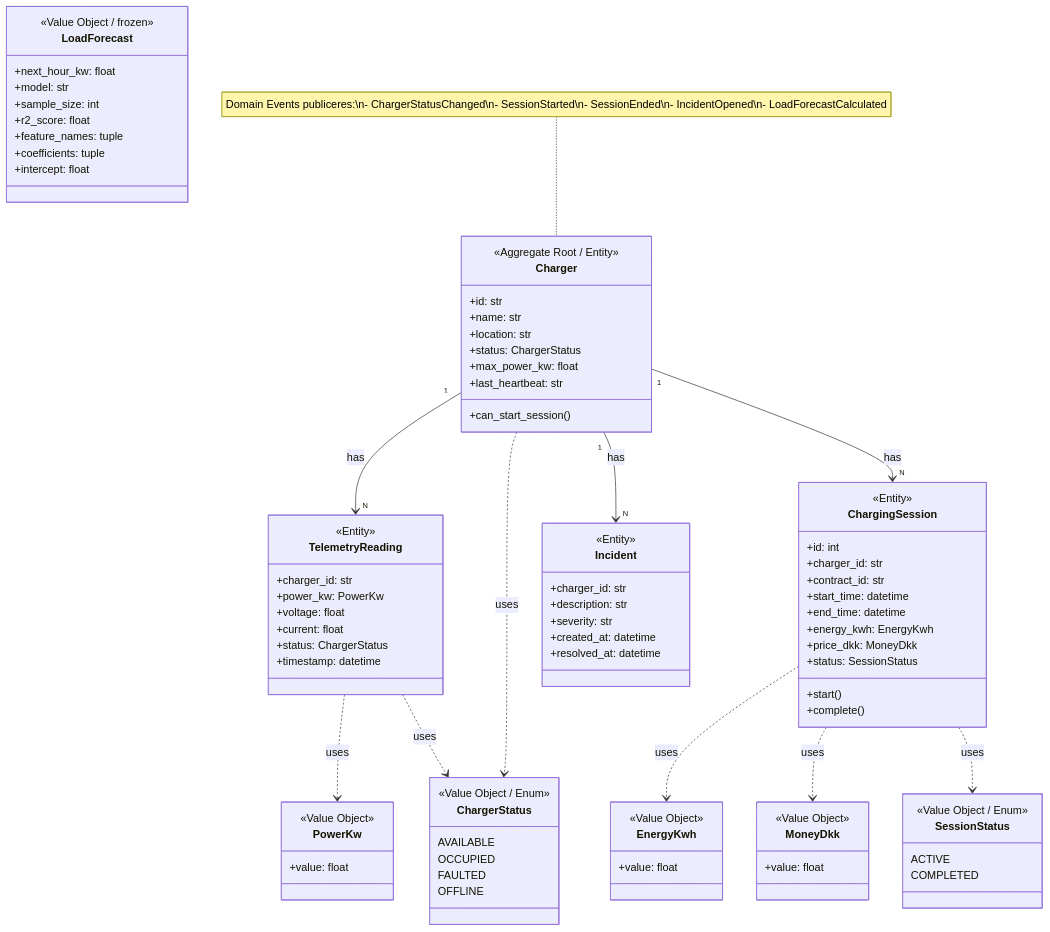
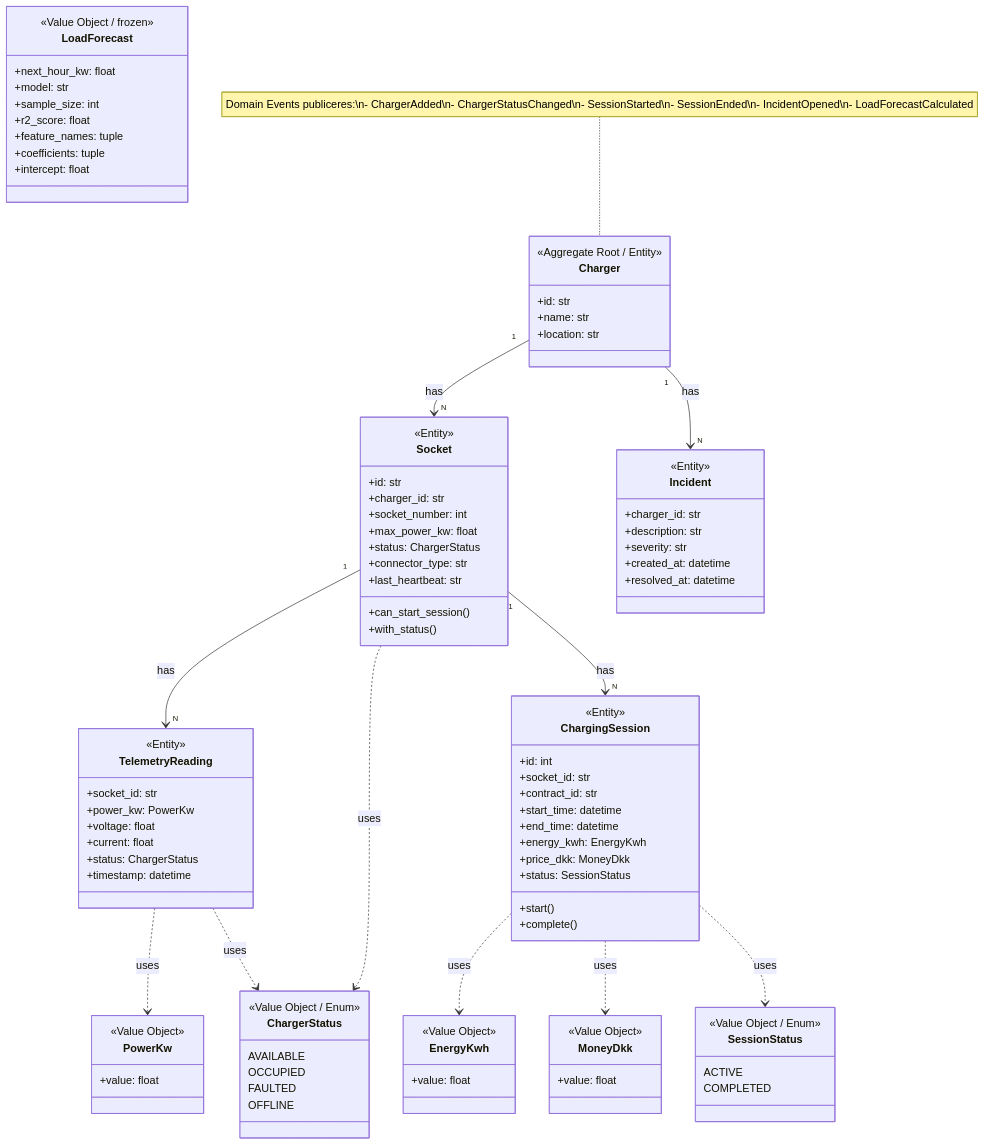
Before and after one commit to SebastianZiti/voltedge-mvp: the diagram in docs/DOMAENEMODEL.md, drawn with Mermaid. The commit also changed other lines of this file and 4 other files, not shown here.

````diff
--- a/docs/DOMAENEMODEL.md
+++ b/docs/DOMAENEMODEL.md
@@ -92,15 +98,24 @@
         +id: str
         +name: str
         +location: str
+    }
+
+    class Socket {
+        <<Entity>>
+        +id: str
+        +charger_id: str
+        +socket_number: int
+        +max_power_kw: float
         +status: ChargerStatus
-        +max_power_kw: float
+        +connector_type: str
         +last_heartbeat: str
         +can_start_session()
+        +with_status()
     }
 
     class TelemetryReading {
         <<Entity>>
-        +charger_id: str
+        +socket_id: str
         +power_kw: PowerKw
         +voltage: float
         +current: float
@@ -111,7 +126,7 @@
     class ChargingSession {
         <<Entity>>
         +id: int
-        +charger_id: str
+        +socket_id: str
         +contract_id: str
         +start_time: datetime
         +end_time: datetime
@@ -171,16 +186,17 @@
         +intercept: float
     }
 
-    Charger "1" --> "N" TelemetryReading : has
-    Charger "1" --> "N" ChargingSession : has
+    Charger "1" --> "N" Socket : has
     Charger "1" --> "N" Incident : has
+    Socket "1" --> "N" TelemetryReading : has
+    Socket "1" --> "N" ChargingSession : has
 
     TelemetryReading ..> PowerKw : uses
     TelemetryReading ..> ChargerStatus : uses
     ChargingSession ..> EnergyKwh : uses
     ChargingSession ..> MoneyDkk : uses
     ChargingSession ..> SessionStatus : uses
-    Charger ..> ChargerStatus : uses
+    Socket ..> ChargerStatus : uses
 
-    note for Charger "Domain Events publiceres:\n- ChargerStatusChanged\n- SessionStarted\n- SessionEnded\n- IncidentOpened\n- LoadForecastCalculated"
+    note for Charger "Domain Events publiceres:\n- ChargerAdded\n- ChargerStatusChanged\n- SessionStarted\n- SessionEnded\n- IncidentOpened\n- LoadForecastCalculated"
 ```
````
